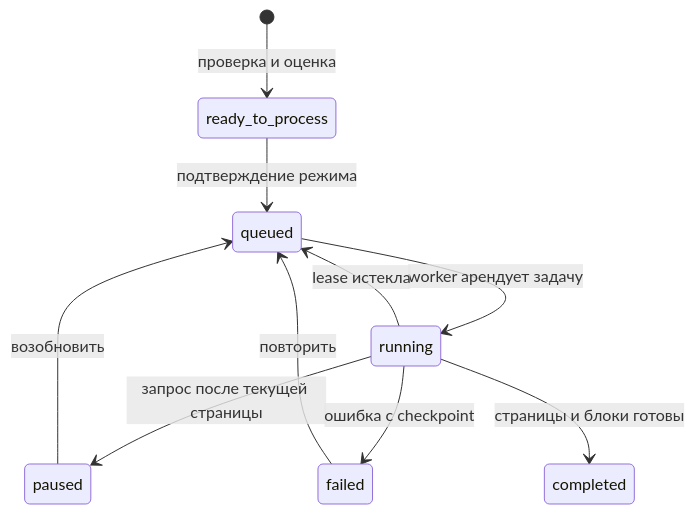
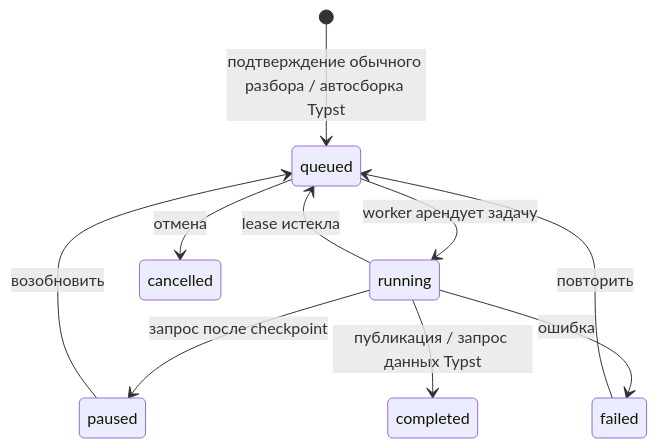
One commit to tneki22/Tentex changed the diagram in docs/architecture/stage-5-material-pipeline.md. Above: the diagram before and after it, drawn with Mermaid. The commit also changed other lines of this file and 23 other files, not shown here.

````diff
--- a/docs/architecture/stage-5-material-pipeline.md
+++ b/docs/architecture/stage-5-material-pipeline.md
@@ -67,12 +81,12 @@
 ```mermaid
 stateDiagram-v2
-    [*] --> ready_to_process: проверка и оценка
-    ready_to_process --> queued: подтверждение режима
+    [*] --> queued: подтверждение обычного разбора / автосборка Typst
     queued --> running: worker арендует задачу
-    running --> paused: запрос после текущей страницы
+    running --> paused: запрос после checkpoint
     paused --> queued: возобновить
-    running --> failed: ошибка с checkpoint
+    running --> failed: ошибка
     failed --> queued: повторить
-    running --> completed: страницы и блоки готовы
+    running --> completed: публикация / запрос данных Typst
     running --> queued: lease истекла
+    queued --> cancelled: отмена
 ```
````
